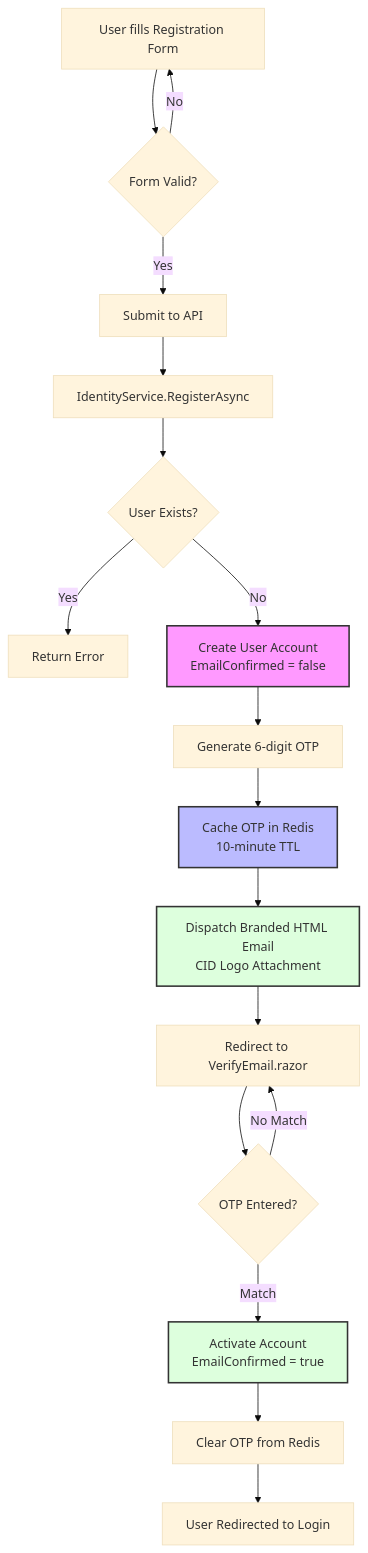
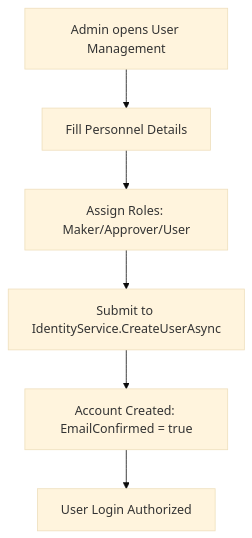
Before and after one commit to KyloReb/FinanceManagementConsole: the first of 2 diagrams in Documentation/registration_recovery_workflows.md, drawn with Mermaid (base theme). The commit also changed other lines of this file and 56 other files, not shown here.

````diff
--- a/Documentation/registration_recovery_workflows.md
+++ b/Documentation/registration_recovery_workflows.md
@@ -30,29 +22,8 @@
-```mermaid
-graph TD
-    A[User fills Registration Form] --> B{Form Valid?}
-    B -- No --> A
-    B -- Yes --> C[Submit to API]
-    
-    C --> D[IdentityService.RegisterAsync]
-    D --> E{User Exists?}
-    E -- Yes --> F[Return Error]
-    E -- No --> G[Create User Account\nEmailConfirmed = false]
-    
-    G --> H[Generate 6-digit OTP]
-    H --> I[Cache OTP in Redis\n10-minute TTL]
-    I --> J[Dispatch Branded HTML Email\nCID Logo Attachment]
-    
-    J --> K[Redirect to VerifyEmail.razor]
-    K --> L{OTP Entered?}
-    
-    L -- Match --> M[Activate Account\nEmailConfirmed = true]
-    L -- No Match --> K
-    
-    M --> N[Clear OTP from Redis]
-    N --> O[User Redirected to Login]
-    
-    style G fill:#f9f,stroke:#333,stroke-width:2px
-    style I fill:#bbf,stroke:#333,stroke-width:2px
-    style J fill:#dfd,stroke:#333,stroke-width:2px
-    style M fill:#dfd,stroke:#333,stroke-width:2px
-```
+ ```mermaid
+ graph TD
+     A[Admin opens User Management] --> B[Fill Personnel Details]
+     B --> C[Assign Roles: Maker/Approver/User]
+     C --> D[Submit to IdentityService.CreateUserAsync]
+     D --> E[Account Created: EmailConfirmed = true]
+     E --> F[User Login Authorized]
+ ```
````
